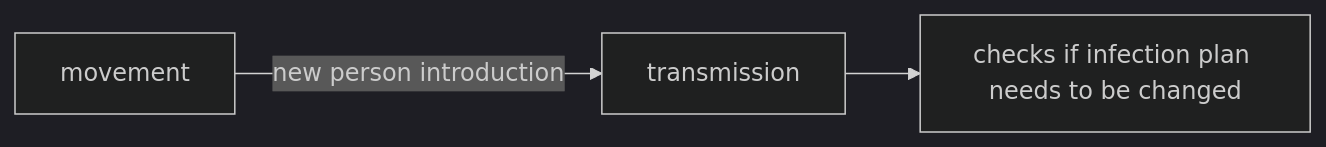
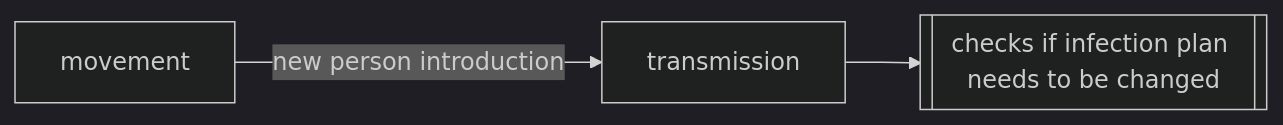
One commit to CDCgov/ixa changed the third of 4 diagrams in examples/infection-by-group/README.md. Above: the diagram before and after it, drawn with Mermaid (dark theme). The commit also changed other lines of this file, not shown here.

Commit message:
improve mermaid diagrams

````diff
--- a/examples/infection-by-group/README.md
+++ b/examples/infection-by-group/README.md
@@ -34,4 +34,4 @@
 ```mermaid
 flowchart LR
-movement--new person introduction-->transmission-->C[checks if infection plan needs to be changed]
+movement--new person introduction-->transmission-->C[[checks if infection plan needs to be changed]]
 ```
````
